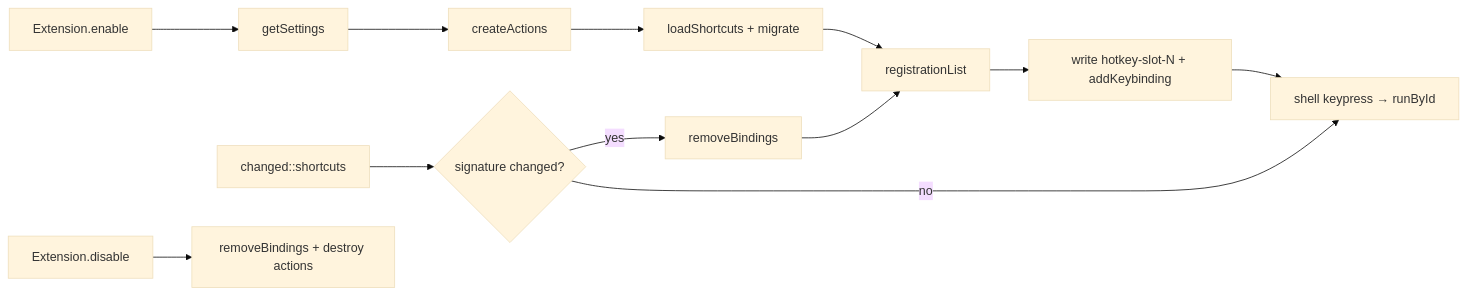
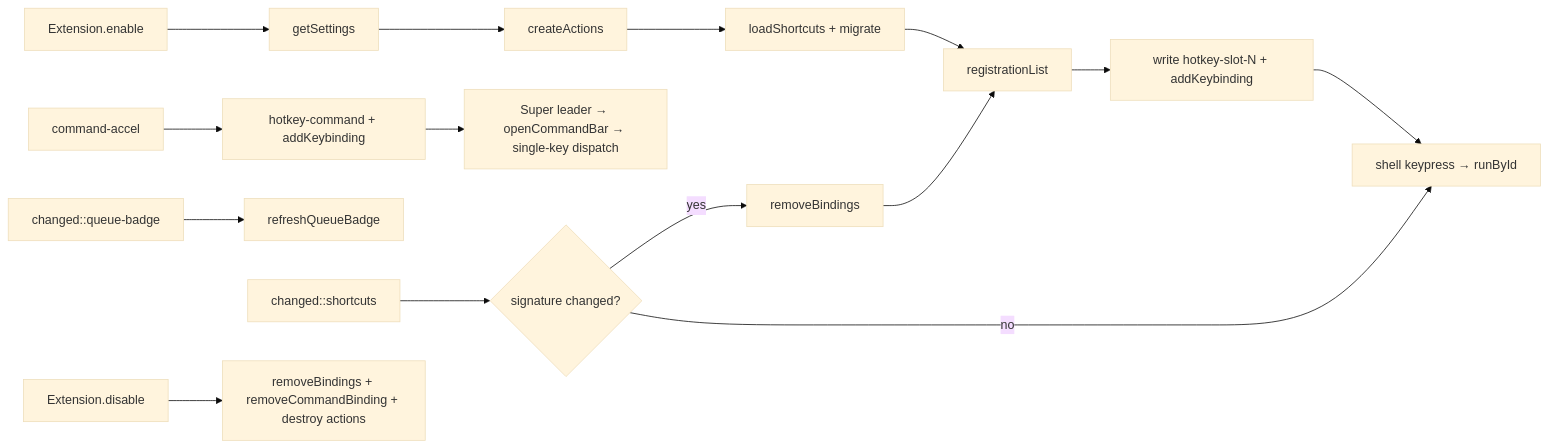
One commit to bbanho/nexus-clip-gnome changed the first of 5 diagrams in docs/ARCHITECTURE.md. Above: the diagram before and after it, drawn with Mermaid (base theme). The commit also changed other lines of this file and 8 other files, not shown here.

````diff
--- a/docs/ARCHITECTURE.md
+++ b/docs/ARCHITECTURE.md
@@ -100,14 +103,17 @@
 ```mermaid
 flowchart LR
   A[Extension.enable] --> B[getSettings]
   B --> C[createActions]
   C --> D[loadShortcuts + migrate]
   D --> E[registrationList]
   E --> F[write hotkey-slot-N + addKeybinding]
   F --> G[shell keypress → runById]
+  N[command-accel] --> O[hotkey-command + addKeybinding]
+  O --> P[Super leader → openCommandBar → single-key dispatch]
+  Q[changed::queue-badge] --> R[refreshQueueBadge]
   H[changed::shortcuts] --> I{signature changed?}
   I -- no --> G
   I -- yes --> J[removeBindings]
   J --> E
-  K[Extension.disable] --> L[removeBindings + destroy actions]
+  K[Extension.disable] --> L[removeBindings + removeCommandBinding + destroy actions]
 ```
````
